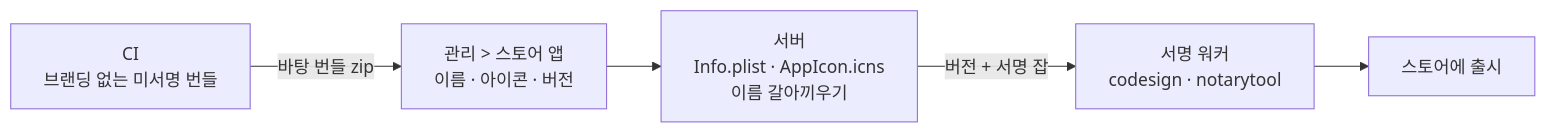
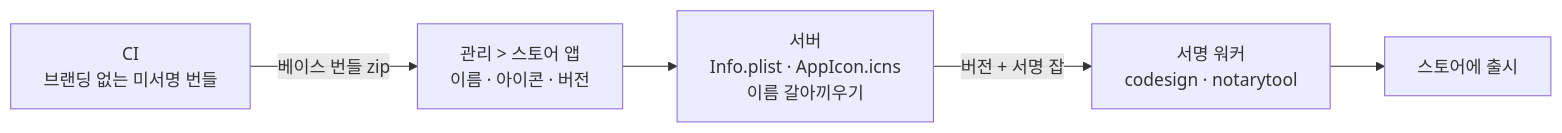
One commit to knine79/alley-store changed the third of 3 diagrams in docs/design.md. Above: the diagram before and after it, drawn with Mermaid. The commit also changed other lines of this file and 13 other files, not shown here.

````diff
--- a/docs/design.md
+++ b/docs/design.md
@@ -427,13 +427,13 @@
 ```mermaid
 flowchart LR
     ci["CI<br/>브랜딩 없는 미서명 번들"]
     admin["관리 &gt; 스토어 앱<br/>이름 · 아이콘 · 버전"]
     server["서버<br/>Info.plist · AppIcon.icns<br/>이름 갈아끼우기"]
     worker["서명 워커<br/>codesign · notarytool"]
     store["스토어에 출시"]
 
-    ci -->|바탕 번들 zip| admin
+    ci -->|베이스 번들 zip| admin
     admin --> server
     server -->|버전 + 서명 잡| worker
     worker --> store
 ```
````
